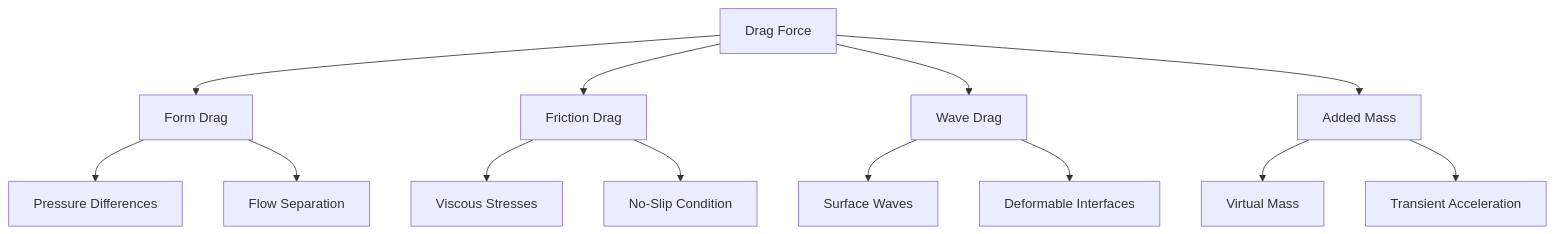
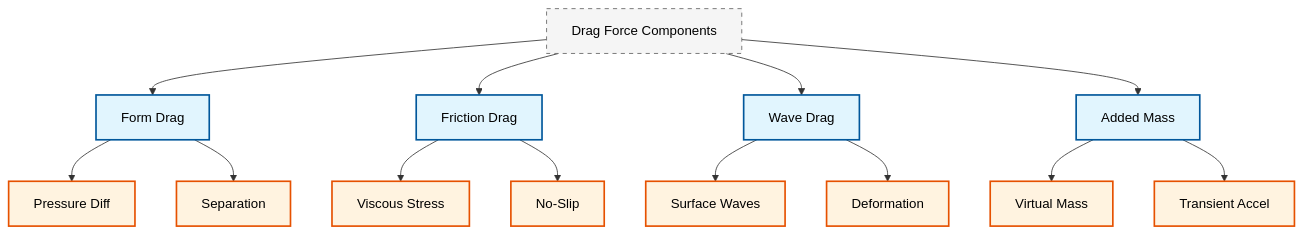
Before and after one commit to wramet/build-my-cfd: the diagram in MODULE_04_MULTIPHASE_FUNDAMENTALS/CONTENT/04_DRAG_FORCES/00_Overview.md, drawn with Mermaid. The commit also changed 313 other files, not shown here.

Commit message:
Revise all diagram

````diff
--- a/MODULE_04_MULTIPHASE_FUNDAMENTALS/CONTENT/04_DRAG_FORCES/00_Overview.md
+++ b/MODULE_04_MULTIPHASE_FUNDAMENTALS/CONTENT/04_DRAG_FORCES/00_Overview.md
@@ -55,19 +55,22 @@
 ```mermaid
 flowchart TD
-    A["Drag Force"] --> B["Form Drag"]
-    A --> C["Friction Drag"]
-    A --> D["Wave Drag"]
-    A --> E["Added Mass"]
+classDef implicit fill:#e1f5fe,stroke:#01579b,stroke-width:2px,color:#000
+classDef explicit fill:#fff3e0,stroke:#e65100,stroke-width:2px,color:#000
+classDef context fill:#f5f5f5,stroke:#616161,stroke-width:1px,color:#000,stroke-dasharray: 5 5
+A[Drag Force Components]:::context --> B[Form Drag]:::implicit
+A --> C[Friction Drag]:::implicit
+A --> D[Wave Drag]:::implicit
+A --> E[Added Mass]:::implicit
 
-    B --> B1["Pressure Differences"]
-    B --> B2["Flow Separation"]
+B --> B1[Pressure Diff]:::explicit
+B --> B2[Separation]:::explicit
 
-    C --> C1["Viscous Stresses"]
-    C --> C2["No-Slip Condition"]
+C --> C1[Viscous Stress]:::explicit
+C --> C2[No-Slip]:::explicit
 
-    D --> D1["Surface Waves"]
-    D --> D2["Deformable Interfaces"]
+D --> D1[Surface Waves]:::explicit
+D --> D2[Deformation]:::explicit
 
-    E --> E1["Virtual Mass"]
-    E --> E2["Transient Acceleration"]
+E --> E1[Virtual Mass]:::explicit
+E --> E2[Transient Accel]:::explicit
 ```
````
